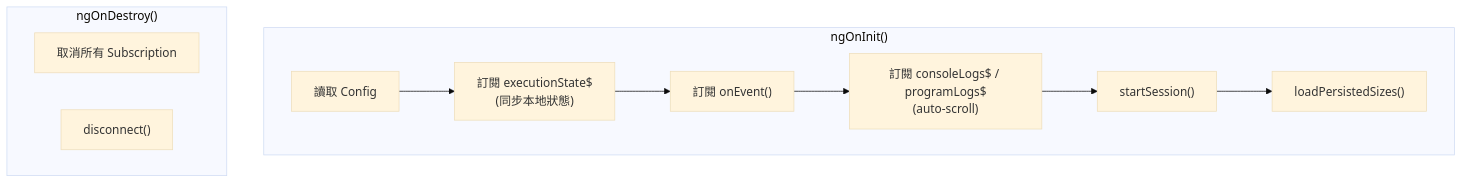
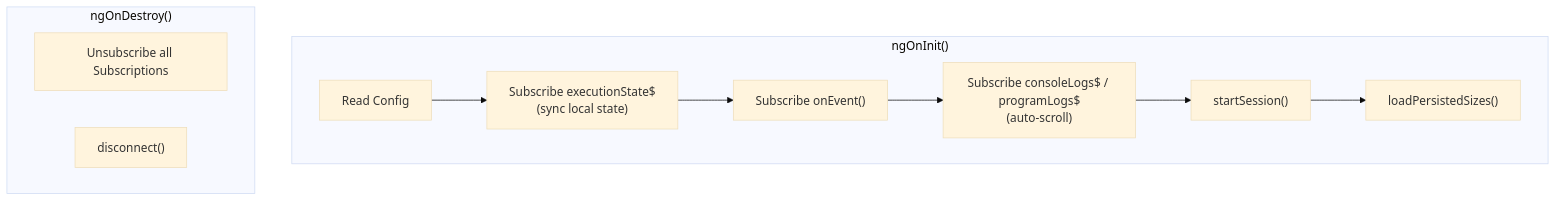
One commit to tangpo387-arch/taro-debugger changed the sixth of 9 diagrams in docs/architecture.md. Above: the diagram before and after it, drawn with Mermaid (base theme). The commit also changed other lines of this file and 9 other files, not shown here.

````diff
--- a/docs/architecture.md
+++ b/docs/architecture.md
@@ -247,18 +259,18 @@
 ```mermaid
 graph TD
     subgraph ngOnInit ["ngOnInit()"]
-        A1["讀取 Config"]
-        A2["訂閱 executionState$<br/>(同步本地狀態)"]
-        A3["訂閱 onEvent()"]
-        A4["訂閱 consoleLogs$ / programLogs$<br/>(auto-scroll)"]
+        A1["Read Config"]
+        A2["Subscribe executionState$<br/>(sync local state)"]
+        A3["Subscribe onEvent()"]
+        A4["Subscribe consoleLogs$ / programLogs$<br/>(auto-scroll)"]
         A5["startSession()"]
         A6["loadPersistedSizes()"]
 
         A1 --> A2 --> A3 --> A4 --> A5 --> A6
     end
 
     subgraph ngOnDestroy ["ngOnDestroy()"]
-        C1["取消所有 Subscription"]
+        C1["Unsubscribe all Subscriptions"]
         C2["disconnect()"]
     end
 ```
````
